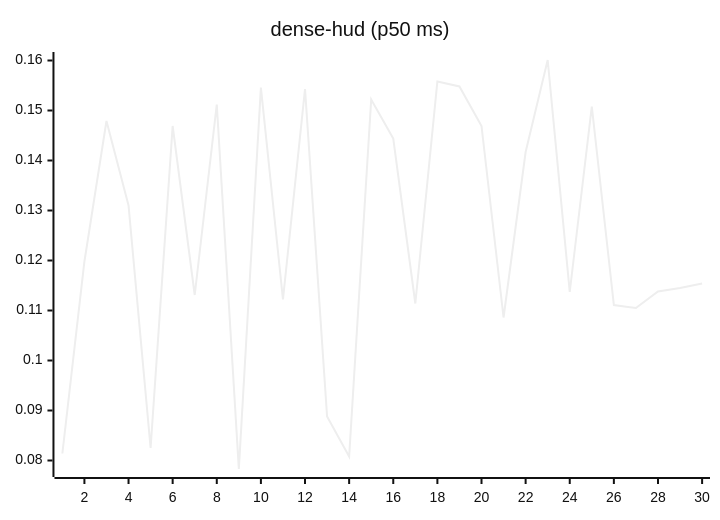
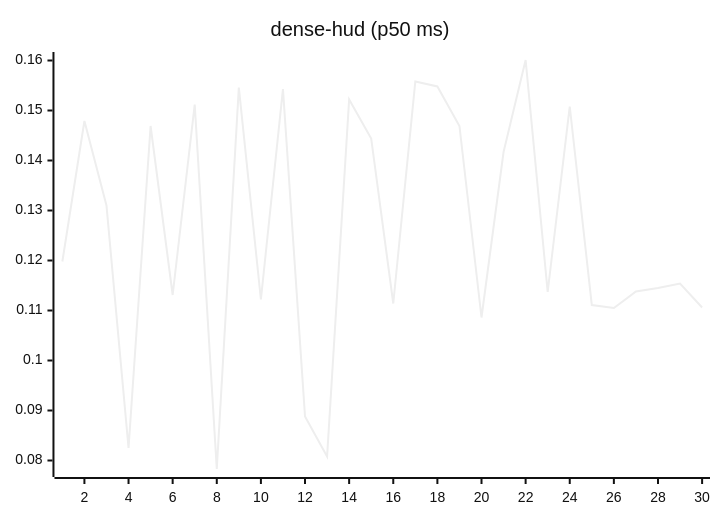
The eighth of 27 diagrams in README.md (josha/Facet), drawn with Mermaid (neutral theme) before and after one commit. The commit also changed other lines of this file and 2 other files, not shown here.

````diff
--- a/README.md
+++ b/README.md
@@ -112,6 +112,6 @@
 ```mermaid
 xychart-beta
     title "dense-hud (p50 ms)"
     x-axis 1 --> 30
-    line [0.0814, 0.1198, 0.1479, 0.1310, 0.0825, 0.1469, 0.1131, 0.1512, 0.0783, 0.1546, 0.1122, 0.1543, 0.0888, 0.0808, 0.1522, 0.1444, 0.1114, 0.1558, 0.1548, 0.1469, 0.1086, 0.1417, 0.1601, 0.1137, 0.1508, 0.1111, 0.1105, 0.1138, 0.1145, 0.1154]
+    line [0.1198, 0.1479, 0.1310, 0.0825, 0.1469, 0.1131, 0.1512, 0.0783, 0.1546, 0.1122, 0.1543, 0.0888, 0.0808, 0.1522, 0.1444, 0.1114, 0.1558, 0.1548, 0.1469, 0.1086, 0.1417, 0.1601, 0.1137, 0.1508, 0.1111, 0.1105, 0.1138, 0.1145, 0.1154, 0.1106]
 ```
````
